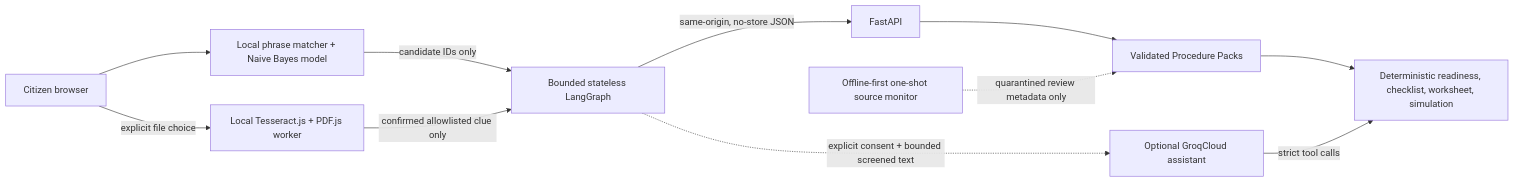
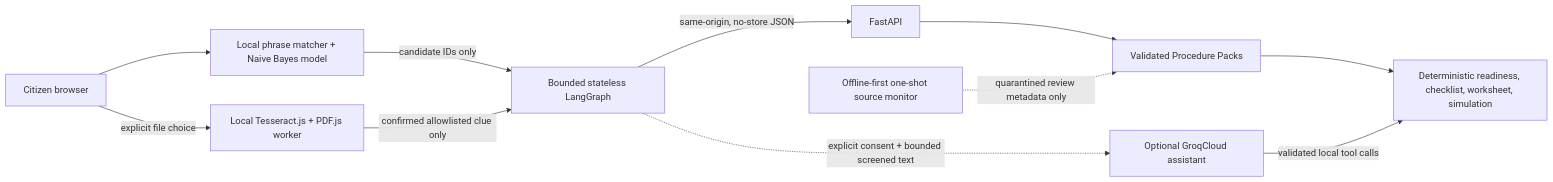
The diagram in README.md (ima-a/Sahayi), drawn with Mermaid before and after one commit. The commit also changed other lines of this file and 9 other files, not shown here.

````diff
--- a/README.md
+++ b/README.md
@@ -33,13 +33,13 @@
 ```mermaid
 flowchart LR
     C[Citizen browser] --> L[Local phrase matcher + Naive Bayes model]
     C -->|explicit file choice| OCR[Local Tesseract.js + PDF.js worker]
     L -->|candidate IDs only| G[Bounded stateless LangGraph]
     OCR -->|confirmed allowlisted clue only| G
     G -->|same-origin, no-store JSON| API[FastAPI]
     API --> P[Validated Procedure Packs]
     P --> R[Deterministic readiness, checklist, worksheet, simulation]
     G -. explicit consent + bounded screened text .-> A[Optional GroqCloud assistant]
-    A -->|strict tool calls| R
+    A -->|validated local tool calls| R
     M[Offline-first one-shot source monitor] -. quarantined review metadata only .-> P
 ```
````
